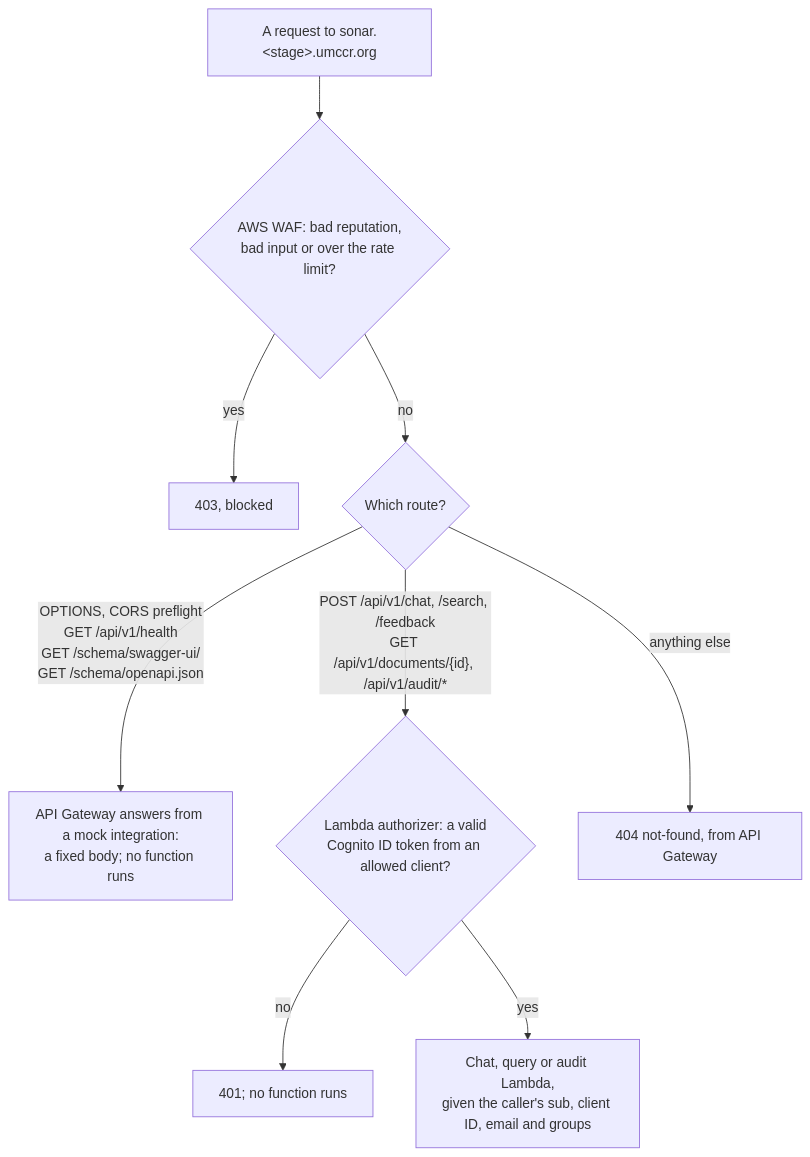
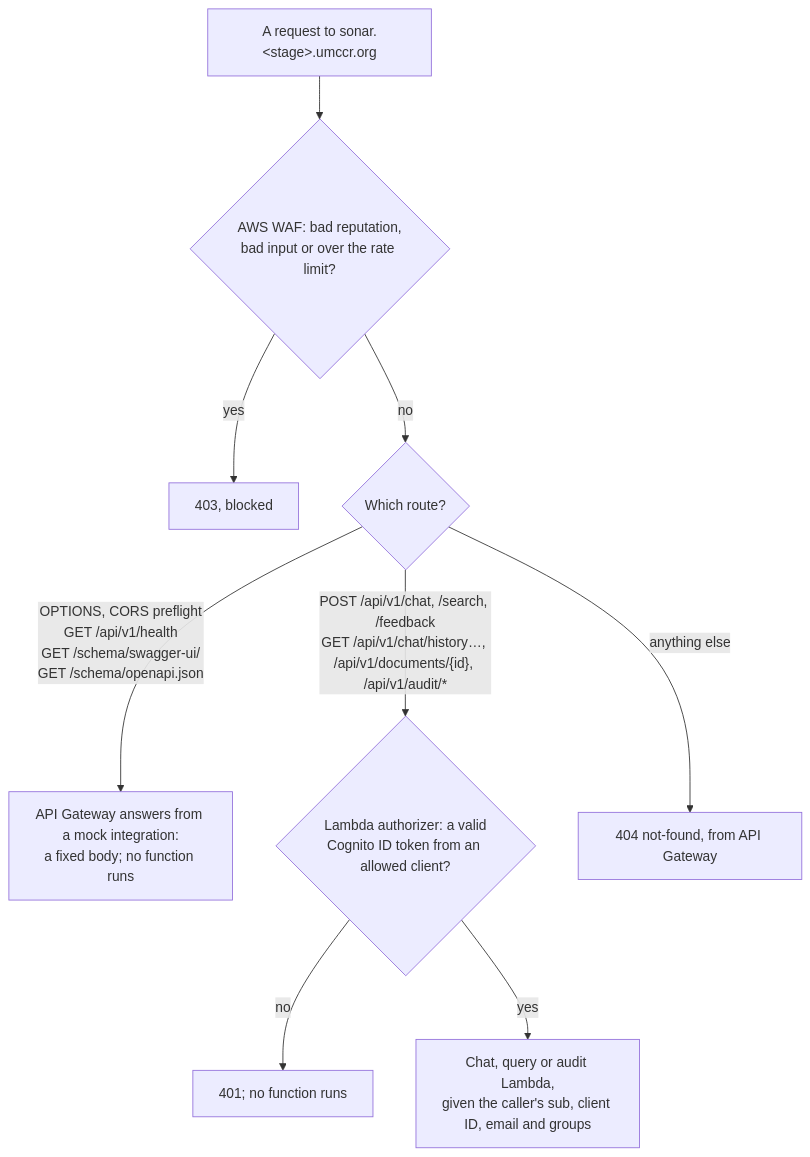
The second of 7 diagrams in docs/design.md (umccr/orcasonar), drawn with Mermaid before and after one commit. The commit also changed other lines of this file and 25 other files, not shown here.

Commit message:
Reader chat history, audit conversations, and the localhost client in beta

````diff
--- a/docs/design.md
+++ b/docs/design.md
@@ -116,11 +116,11 @@
 ```mermaid
 flowchart TD
     request["A request to sonar.#lt;stage#gt;.umccr.org"] --> waf{"AWS WAF: bad reputation,<br/>bad input or over the rate limit?"}
     waf -- yes --> blocked["403, blocked"]
     waf -- no --> route{"Which route?"}
     route -- "OPTIONS, CORS preflight<br/>GET /api/v1/health<br/>GET /schema/swagger-ui/<br/>GET /schema/openapi.json" --> mock["API Gateway answers from a mock integration:<br/>a fixed body; no function runs"]
-    route -- "POST /api/v1/chat, /search, /feedback<br/>GET /api/v1/documents/{id}, /api/v1/audit/*" --> authz{"Lambda authorizer: a valid<br/>Cognito ID token from an allowed client?"}
+    route -- "POST /api/v1/chat, /search, /feedback<br/>GET /api/v1/chat/history…, /api/v1/documents/{id}, /api/v1/audit/*" --> authz{"Lambda authorizer: a valid<br/>Cognito ID token from an allowed client?"}
     authz -- no --> denied["401; no function runs"]
     authz -- yes --> fn["Chat, query or audit Lambda,<br/>given the caller's sub, client ID, email and groups"]
     route -- "anything else" --> missing["404 not-found, from API Gateway"]
 ```
````
